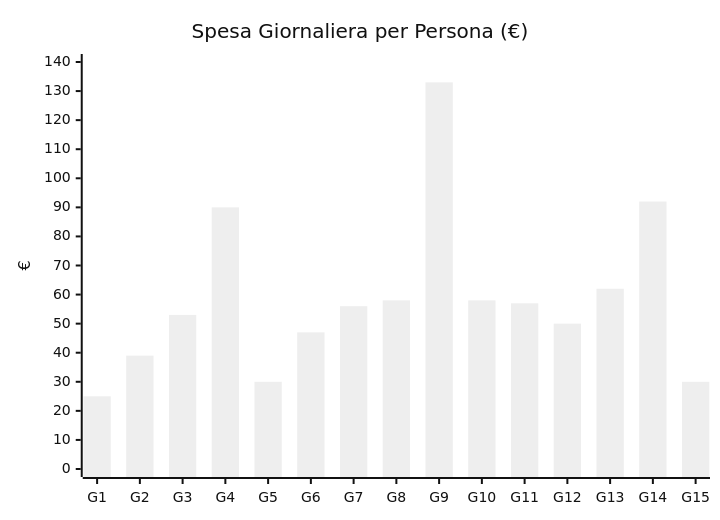
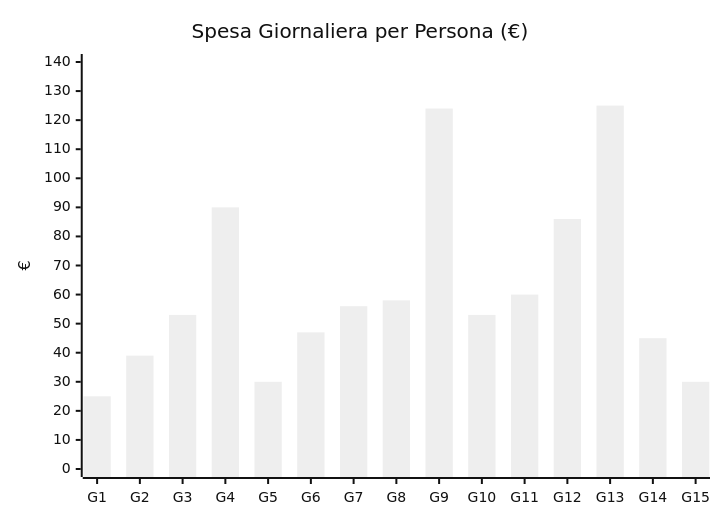
Before and after one commit to LorenzoPolito/Travel-Vault: the third of 3 diagrams in Itinerari/Japan/2026/Itinerario-Giappone-23ott-6nov2026.md, drawn with Mermaid. The commit also changed other lines of this file and 18 other files, not shown here.

````diff
--- a/Itinerari/Japan/2026/Itinerario-Giappone-23ott-6nov2026.md
+++ b/Itinerari/Japan/2026/Itinerario-Giappone-23ott-6nov2026.md
@@ -124,11 +124,11 @@
 ```mermaid
 ---
 config:
   theme: neutral
 ---
 xychart-beta
     title "Spesa Giornaliera per Persona (€)"
     x-axis ["G1","G2","G3","G4","G5","G6","G7","G8","G9","G10","G11","G12","G13","G14","G15"]
     y-axis "€" 0 --> 140
-    bar [25,39,53,90,30,47,56,58,133,58,57,50,62,92,30]
+    bar [25,39,53,90,30,47,56,58,124,53,60,86,125,45,30]
 ```
````
